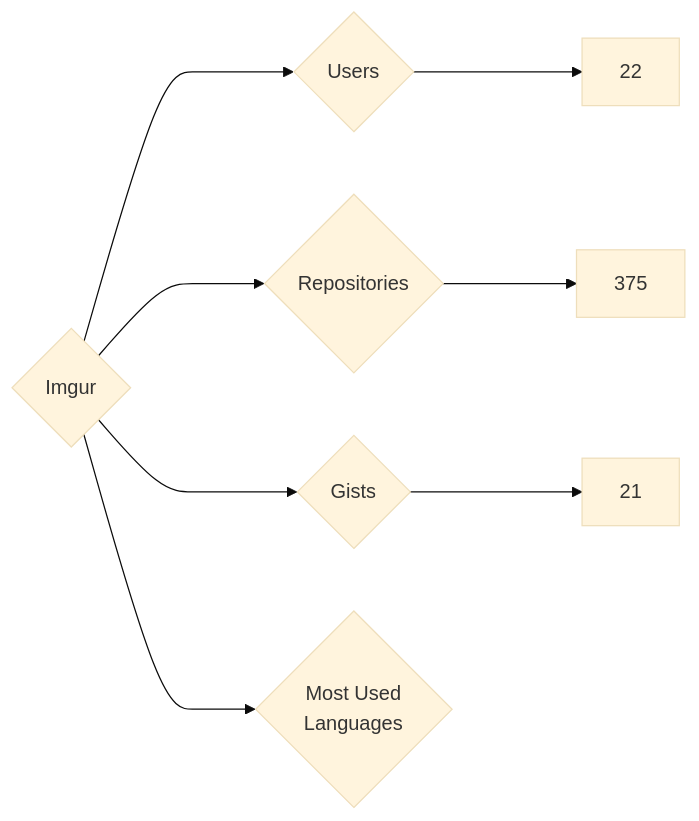
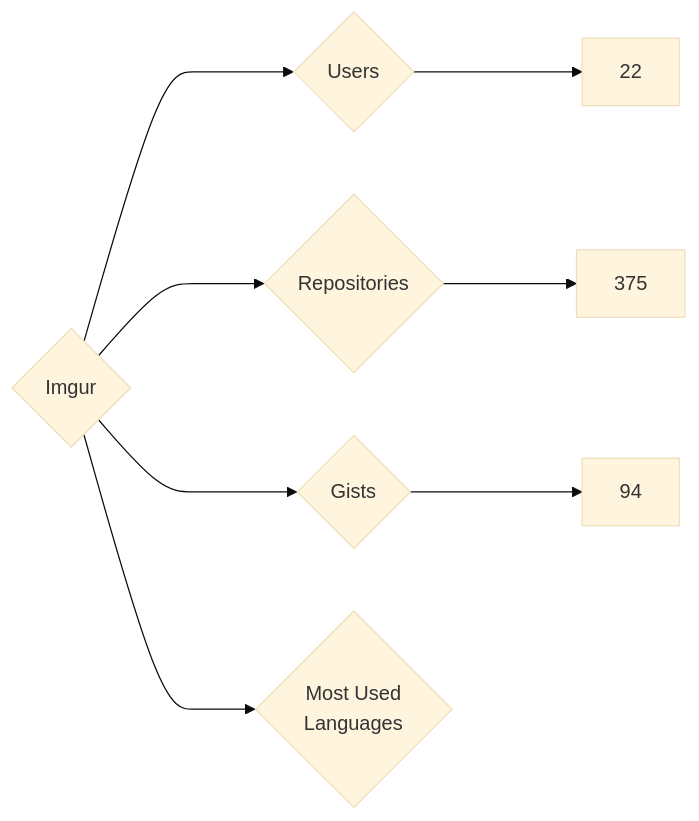
Before and after one commit to nenadzaric/insiders: the diagram in targets/Imgur/README.md, drawn with Mermaid (base theme). The commit also changed 1342 other files, not shown here.

````diff
--- a/targets/Imgur/README.md
+++ b/targets/Imgur/README.md
@@ -3,8 +3,8 @@
 ```mermaid
 graph LR
 COMPANY_NAME{Imgur}
 COMPANY_NAME ---> U{Users} ---> UN[22]
 COMPANY_NAME ---> R{Repositories} ---> RN[375]
-COMPANY_NAME ---> G{Gists} ---> GN[21]
+COMPANY_NAME ---> G{Gists} ---> GN[94]
 COMPANY_NAME ---> ML{Most Used<br>Languages}
 ```
````
